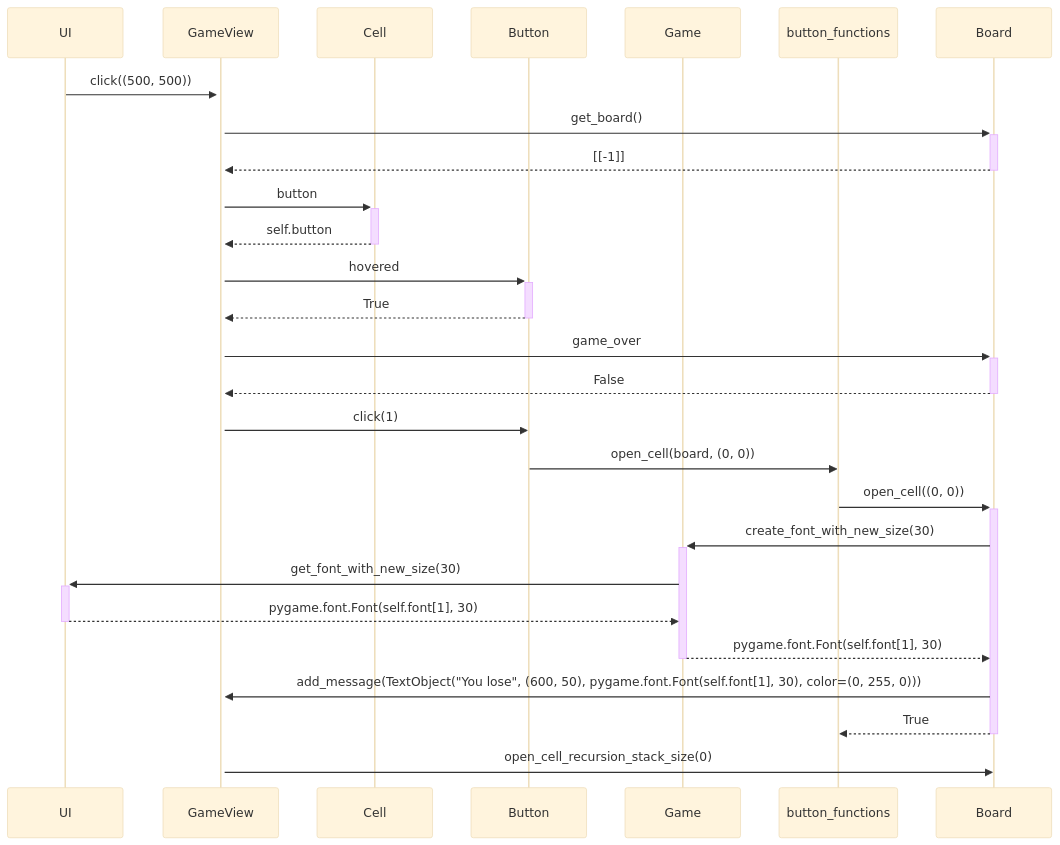
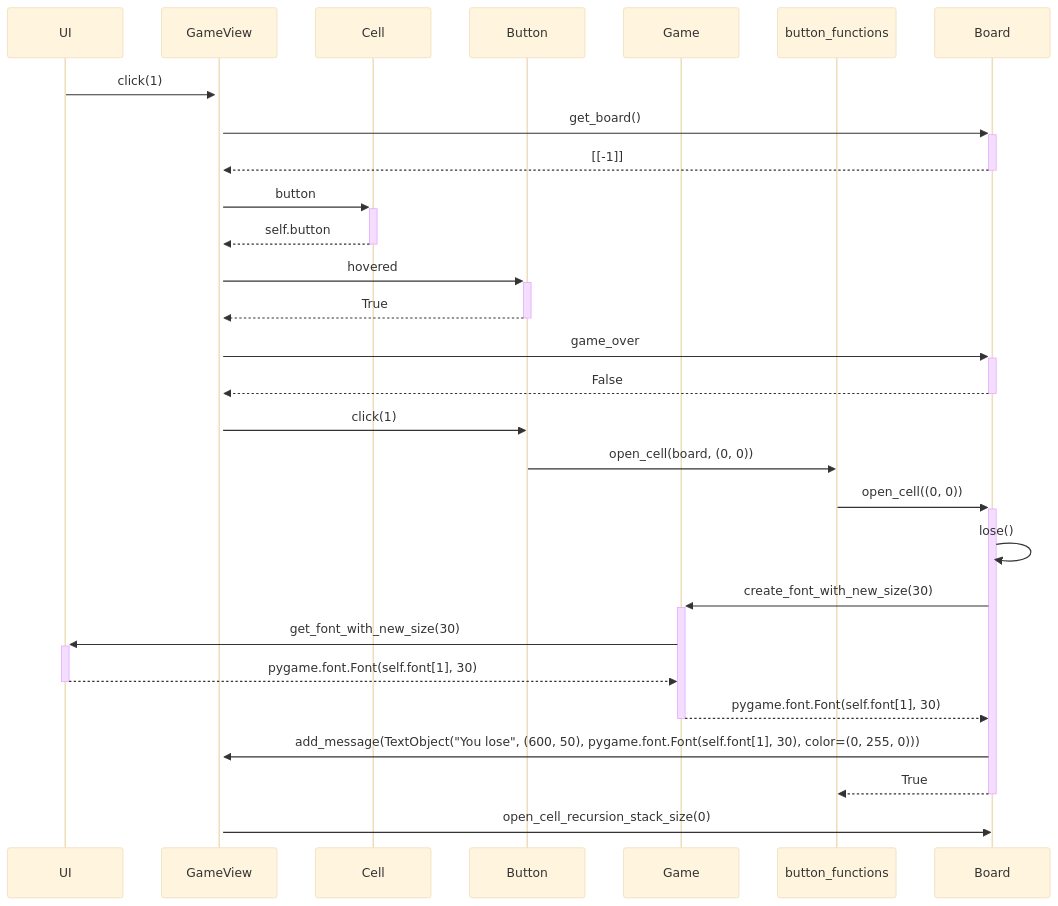
The third of 4 diagrams in dokumentaatio/arkkitehtuuri.md (Codboez/ot-harjoitustyo), drawn with Mermaid (base theme) before and after one commit. The commit also changed other lines of this file, not shown here.

````diff
--- a/dokumentaatio/arkkitehtuuri.md
+++ b/dokumentaatio/arkkitehtuuri.md
@@ -13,29 +64,30 @@
 ```mermaid
 sequenceDiagram
   participant UI
   participant GameView
   participant Cell
   participant Button
   participant Game
   participant button_functions
   participant Board
-  UI ->>+ GameView : click((500, 500))
+  UI ->>+ GameView : click(1)
   GameView ->>+ Board : get_board()
   Board -->>- GameView : [[-1]]
   GameView ->>+ Cell : button
   Cell -->>- GameView : self.button
   GameView ->>+ Button : hovered
   Button -->>- GameView : True
   GameView ->>+ Board : game_over
   Board -->>- GameView : False
   GameView ->> Button : click(1)
   Button ->> button_functions : open_cell(board, (0, 0))
   button_functions ->>+Board : open_cell((0, 0))
+  Board ->> Board : lose()
   Board ->>+Game : create_font_with_new_size(30)
   Game ->>+ UI : get_font_with_new_size(30)
   UI -->>- Game : pygame.font.Font(self.font[1], 30)
   Game -->>- Board : pygame.font.Font(self.font[1], 30)
   Board ->> GameView : add_message(TextObject("You lose", (600, 50), pygame.font.Font(self.font[1], 30), color=(0, 255, 0)))
   Board -->>- button_functions : True
   GameView ->> Board : open_cell_recursion_stack_size(0)
 ```
````
